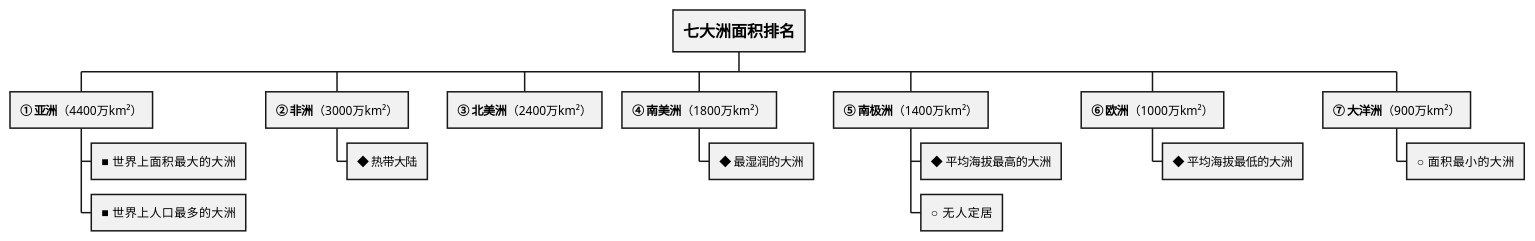
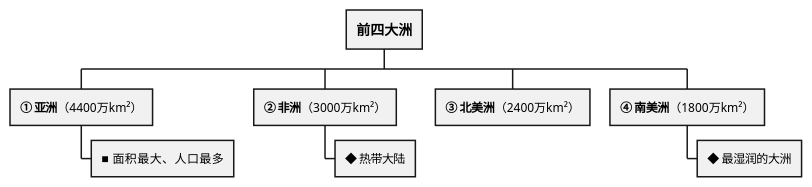
One commit to zhyage/Shehui changed the first of 4 diagrams in 地理/世界地理/大洲和大洋.md. Above: the diagram before and after it, drawn with PlantUML. The commit also changed other lines of this file and 2 other files, not shown here.

First line of the commit message:
拆分过宽的PlantUML图为多个小图以适配A4打印

````diff
--- a/地理/世界地理/大洲和大洋.md
+++ b/地理/世界地理/大洲和大洋.md
@@ -44,20 +44,12 @@
 ```plantuml
 @startwbs
-+ <size:16><b>七大洲面积排名</b></size>
++ <size:14><b>前四大洲</b></size>
 ++ <b>① 亚洲</b>（4400万km²）
-+++ ■ 世界上面积最大的大洲
-+++ ■ 世界上人口最多的大洲
++++ ■ 面积最大、人口最多
 ++ <b>② 非洲</b>（3000万km²）
 +++ ◆ 热带大陆
 ++ <b>③ 北美洲</b>（2400万km²）
 ++ <b>④ 南美洲</b>（1800万km²）
 +++ ◆ 最湿润的大洲
-++ <b>⑤ 南极洲</b>（1400万km²）
-+++ ◆ 平均海拔最高的大洲
-+++ ○ 无人定居
-++ <b>⑥ 欧洲</b>（1000万km²）
-+++ ◆ 平均海拔最低的大洲
-++ <b>⑦ 大洋洲</b>（900万km²）
-+++ ○ 面积最小的大洲
 @endwbs
 ```
````
